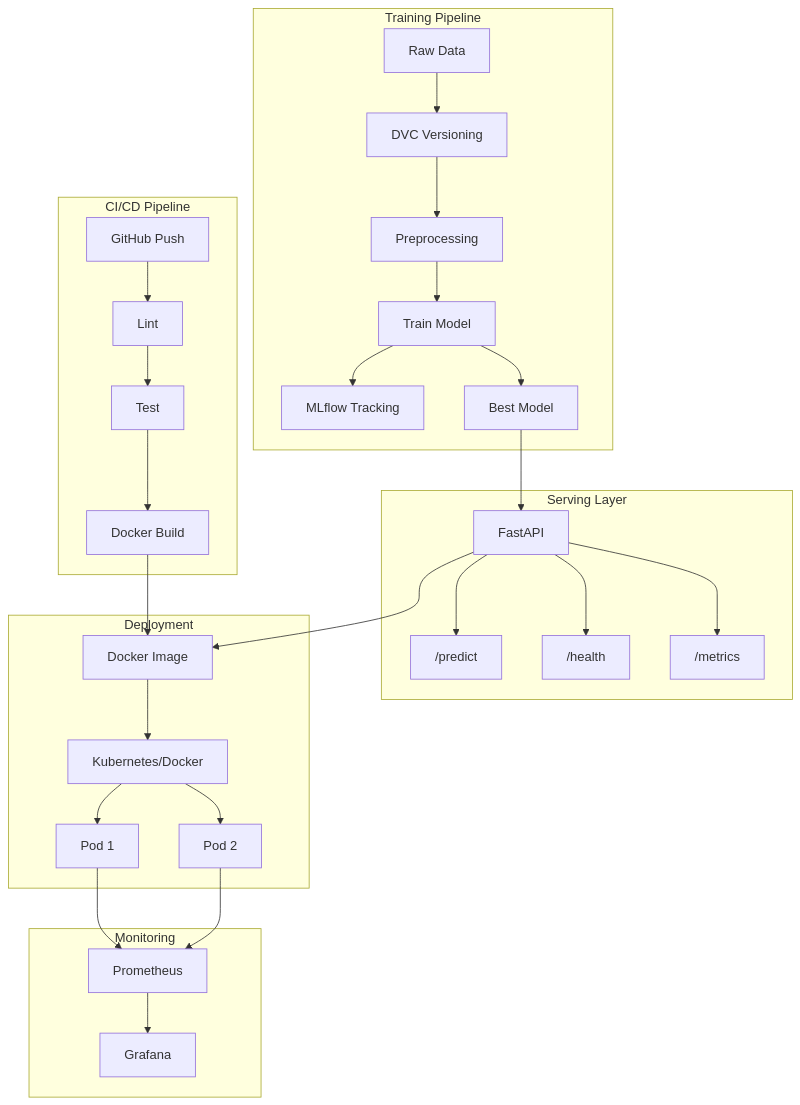
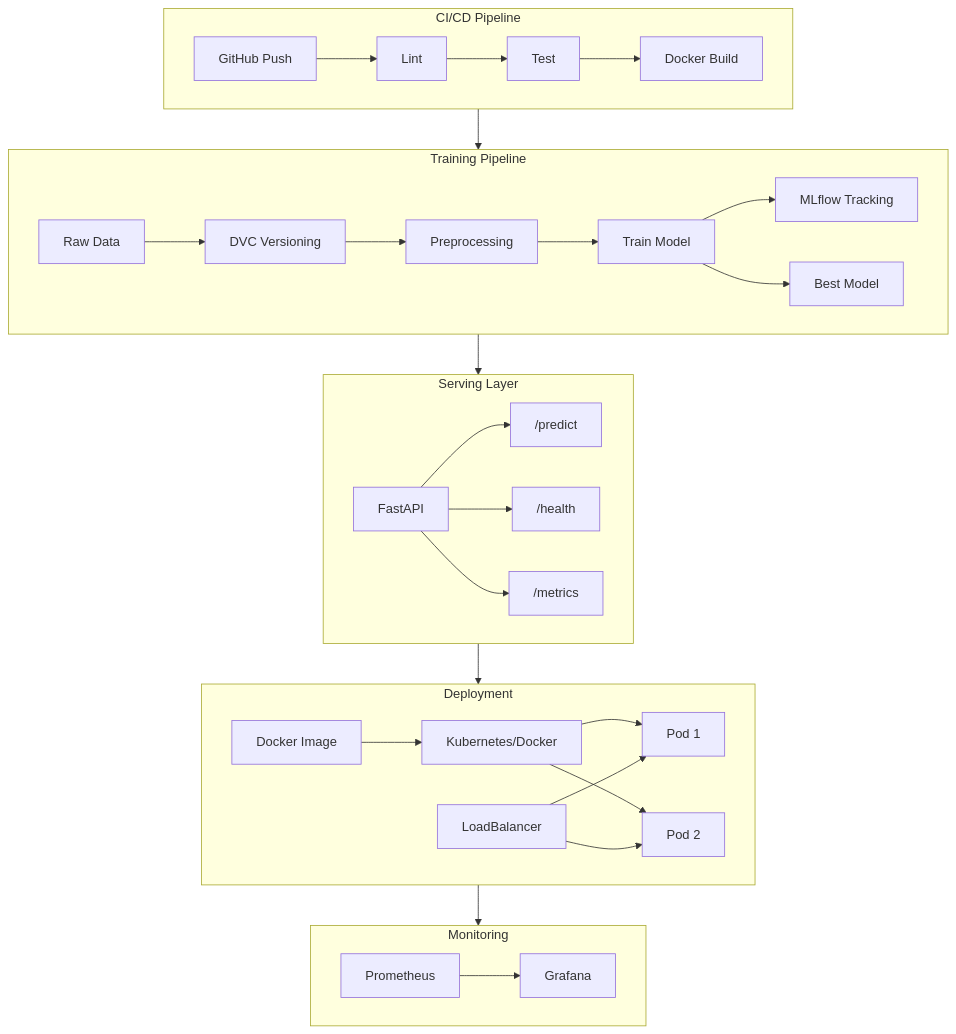
Before and after one commit to JharwalSapna/Image-Classifier: the diagram in README.md, drawn with Mermaid.

Commit message:
docs: refine architecture diagram layout to match reference

````diff
--- a/README.md
+++ b/README.md
@@ -23,39 +23,40 @@
 ```mermaid
 flowchart TB
     subgraph CI_CD["CI/CD Pipeline"]
         Push[GitHub Push] --> Lint
         Lint --> Test
         Test --> Build[Docker Build]
     end
 
     subgraph Training["Training Pipeline"]
         Raw[Raw Data] --> DVC[DVC Versioning]
         DVC --> Preprocess[Preprocessing]
         Preprocess --> Train[Train Model]
         Train --> MLflow[MLflow Tracking]
         Train --> Model[Best Model]
     end
 
     subgraph Serving["Serving Layer"]
         API[FastAPI]
         API --> Pred["/predict"]
         API --> Health["/health"]
         API --> Metrics["/metrics"]
     end
 
     subgraph Deploy["Deployment"]
-        img[Docker Image] --> K8s[Kubernetes/Docker]
+        Img[Docker Image] --> K8s[Kubernetes/Docker]
         K8s --> Pod1[Pod 1]
         K8s --> Pod2[Pod 2]
+        LB[LoadBalancer] --> Pod1
+        LB --> Pod2
     end
 
     subgraph Monitor["Monitoring"]
         Prom[Prometheus] --> Graf[Grafana]
     end
 
-    Build --> img
-    Model --> API
-    API --> img
-    Pod1 --> Prom
-    Pod2 --> Prom
+    CI_CD --> Training
+    Training --> Serving
+    Serving --> Deploy
+    Deploy --> Monitor
 ```
````
